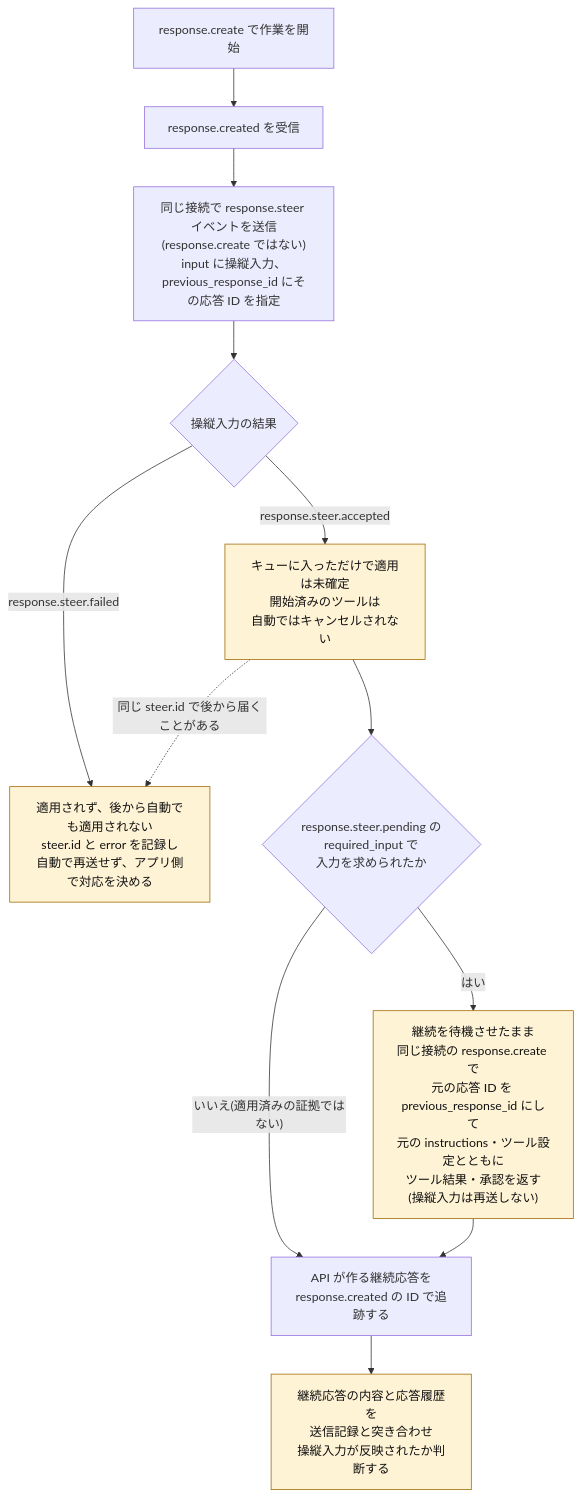
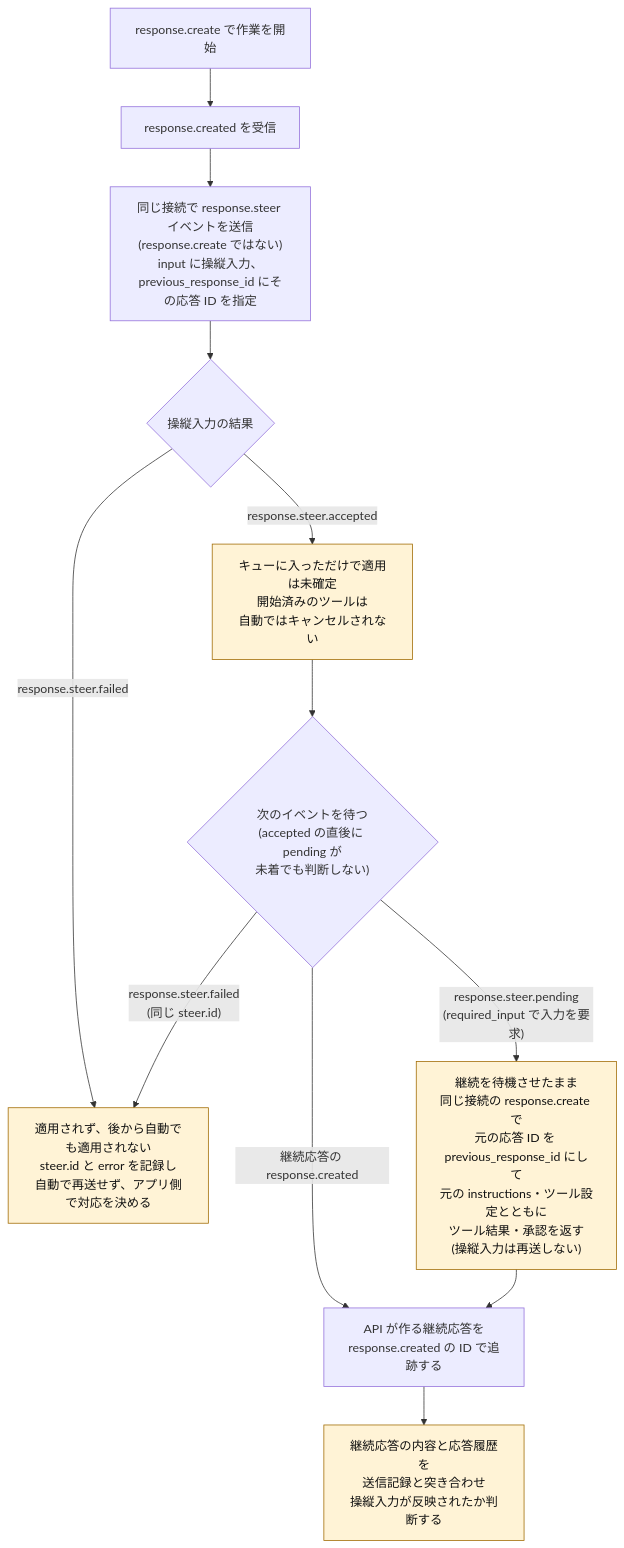
Before and after one commit to myoshi2891/Comparison-of-LLMs: the eighth of 12 diagrams in Openai-gpt-6-astra-best-practices-guide.md, drawn with Mermaid. The commit also changed other lines of this file and 1 other file, not shown here.

Commit message:
docs(openai): distinguish Cloud vs Remote execution in Codex guide, and refine mid-turn steering flowchart and cache breakpoint conditions in Astra guide

````diff
--- a/Openai-gpt-6-astra-best-practices-guide.md
+++ b/Openai-gpt-6-astra-best-practices-guide.md
@@ -550,16 +550,16 @@
 ```mermaid
 flowchart TB
   A["response.create で作業を開始"] --> B["response.created を受信"]
   B --> C["同じ接続で response.steer イベントを送信<br/>(response.create ではない)<br/>input に操縦入力、<br/>previous_response_id にその応答 ID を指定"]
   C --> S{"操縦入力の結果"}
   S -- "response.steer.accepted" --> T["キューに入っただけで適用は未確定<br/>開始済みのツールは<br/>自動ではキャンセルされない"]
   S -- "response.steer.failed" --> F["適用されず、後から自動でも適用されない<br/>steer.id と error を記録し<br/>自動で再送せず、アプリ側で対応を決める"]
-  T -. "同じ steer.id で後から届くことがある" .-> F
-  T --> P{"response.steer.pending の<br/>required_input で<br/>入力を求められたか"}
-  P -- "いいえ(適用済みの証拠ではない)" --> D["API が作る継続応答を<br/>response.created の ID で追跡する"]
-  P -- "はい" --> W["継続を待機させたまま<br/>同じ接続の response.create で<br/>元の応答 ID を previous_response_id にして<br/>元の instructions・ツール設定とともに<br/>ツール結果・承認を返す<br/>(操縦入力は再送しない)"]
+  T --> P{"次のイベントを待つ<br/>(accepted の直後に pending が<br/>未着でも判断しない)"}
+  P -- "継続応答の response.created" --> D["API が作る継続応答を<br/>response.created の ID で追跡する"]
+  P -- "response.steer.failed<br/>(同じ steer.id)" --> F
+  P -- "response.steer.pending<br/>(required_input で入力を要求)" --> W["継続を待機させたまま<br/>同じ接続の response.create で<br/>元の応答 ID を previous_response_id にして<br/>元の instructions・ツール設定とともに<br/>ツール結果・承認を返す<br/>(操縦入力は再送しない)"]
   W --> D
   D --> E["継続応答の内容と応答履歴を<br/>送信記録と突き合わせ<br/>操縦入力が反映されたか判断する"]
   classDef warn fill:#fff3d6,stroke:#a06a00,color:#111
   class T,F,W,E warn
 ```
````
